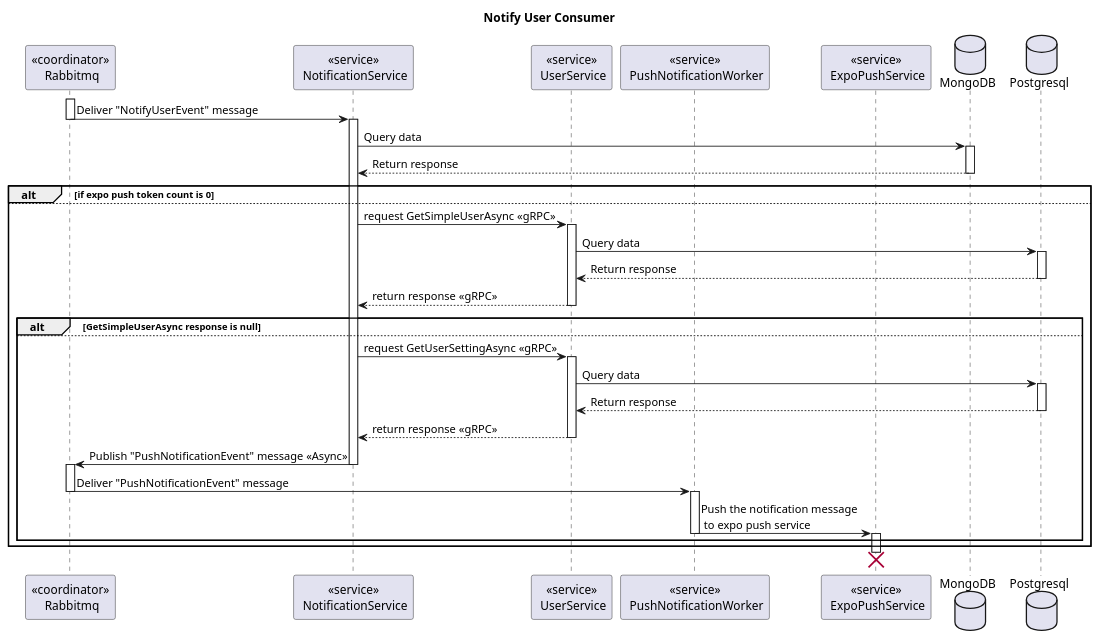
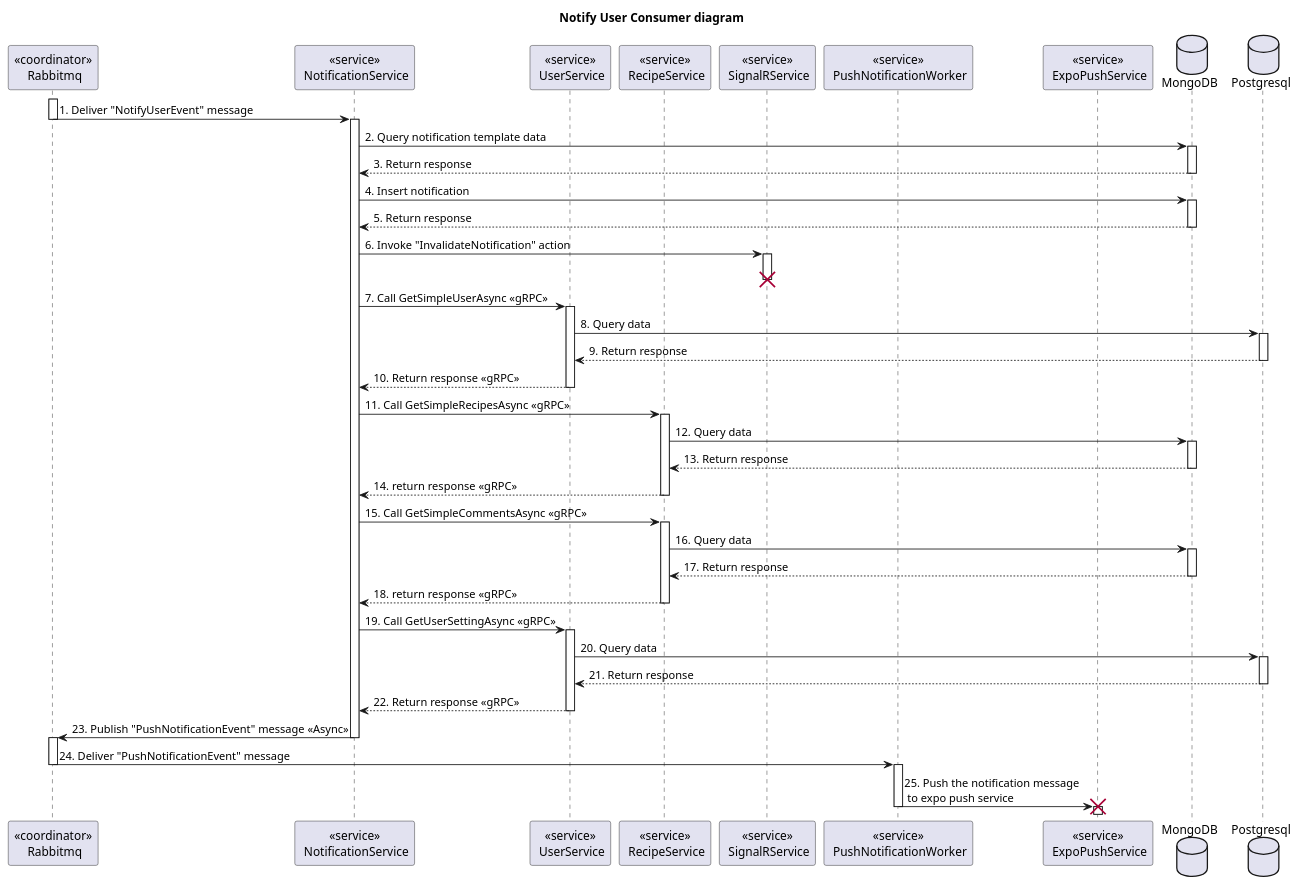
The diagram in doc/SDS/Notification/Notify User Consumer/Sequence.plantuml (Carl-Johnsons/tastopia), drawn with PlantUML before and after one commit. The commit also changed 16 other files, not shown here.

Commit message:
doc: add some notification class diagram

```diff
--- a/doc/SDS/Notification/Notify User Consumer/Sequence.plantuml
+++ b/doc/SDS/Notification/Notify User Consumer/Sequence.plantuml
@@ -1,57 +1,68 @@
 @startuml Sequence
-title "Notify User Consumer"
+title "Notify User Consumer diagram"
 
 ' Style section
 <style>
   sequenceDiagram {
     reference {
       BackGroundColor white
     }
 }
 </style>
 
 participant "<<coordinator>>\n Rabbitmq" as Rabbitmq
 participant "<<service>>\n NotificationService" as NotificationService
 participant "<<service>>\n UserService" as UserService
+participant "<<service>>\n RecipeService" as RecipeService
+participant "<<service>>\n SignalRService" as SignalRService
 participant "<<service>>\n PushNotificationWorker" as PushNotificationWorker
 participant "<<service>>\n ExpoPushService" as ExpoPushService
 
 database MongoDB
 database Postgresql
 
 activate Rabbitmq
-Rabbitmq -> NotificationService: Deliver "NotifyUserEvent" message
+Rabbitmq -> NotificationService: 1. Deliver "NotifyUserEvent" message
 deactivate Rabbitmq
 activate NotificationService
-NotificationService -> MongoDB++: Query data
-NotificationService <-- MongoDB--: Return response
+NotificationService -> MongoDB++: 2. Query notification template data
+NotificationService <-- MongoDB--: 3. Return response
 
-alt if expo push token count is 0
+NotificationService -> MongoDB++: 4. Insert notification
+NotificationService <-- MongoDB--: 5. Return response
 
-else
-  NotificationService -> UserService++: request GetSimpleUserAsync <<gRPC>>
-  UserService -> Postgresql++: Query data
-  UserService <-- Postgresql--: Return response
-  NotificationService <-- UserService--: return response <<gRPC>>
-  alt GetSimpleUserAsync response is null
-    
-  else
-    NotificationService -> UserService++: request GetUserSettingAsync <<gRPC>>
-    UserService -> Postgresql++: Query data
-    UserService <-- Postgresql--: Return response
-    NotificationService <-- UserService--: return response <<gRPC>>
-    NotificationService -> Rabbitmq: Publish "PushNotificationEvent" message <<Async>>
-    deactivate NotificationService
-    activate Rabbitmq
-    Rabbitmq -> PushNotificationWorker: Deliver "PushNotificationEvent" message
-    deactivate Rabbitmq
-    activate PushNotificationWorker
-    PushNotificationWorker -> ExpoPushService: Push the notification message\n to expo push service
-    deactivate PushNotificationWorker
-    activate ExpoPushService
-  end
-end
+NotificationService -> SignalRService++: 6. Invoke "InvalidateNotification" action
+deactivate SignalRService
+destroy SignalRService
+NotificationService -> UserService++: 7. Call GetSimpleUserAsync <<gRPC>>
+UserService -> Postgresql++: 8. Query data
+UserService <-- Postgresql--: 9. Return response
+NotificationService <-- UserService--: 10. Return response <<gRPC>>
+
+NotificationService -> RecipeService++ : 11. Call GetSimpleRecipesAsync <<gRPC>> 
+RecipeService -> MongoDB++ : 12. Query data 
+RecipeService <-- MongoDB-- : 13. Return response
+NotificationService <-- RecipeService-- : 14. return response <<gRPC>> 
+
+NotificationService -> RecipeService++ : 15. Call GetSimpleCommentsAsync <<gRPC>> 
+RecipeService -> MongoDB++ : 16. Query data 
+RecipeService <-- MongoDB-- : 17. Return response
+NotificationService <-- RecipeService-- : 18. return response <<gRPC>> 
+
+NotificationService -> UserService++: 19. Call GetUserSettingAsync <<gRPC>>
+UserService -> Postgresql++: 20. Query data
+UserService <-- Postgresql--: 21. Return response
+NotificationService <-- UserService--: 22. Return response <<gRPC>>
+
+NotificationService -> Rabbitmq: 23. Publish "PushNotificationEvent" message <<Async>>
+deactivate NotificationService
+activate Rabbitmq
+Rabbitmq -> PushNotificationWorker: 24. Deliver "PushNotificationEvent" message
+deactivate Rabbitmq
+activate PushNotificationWorker
+PushNotificationWorker -> ExpoPushService: 25. Push the notification message\n to expo push service
+deactivate PushNotificationWorker
+activate ExpoPushService
 destroy ExpoPushService
 
-
 @enduml
```
